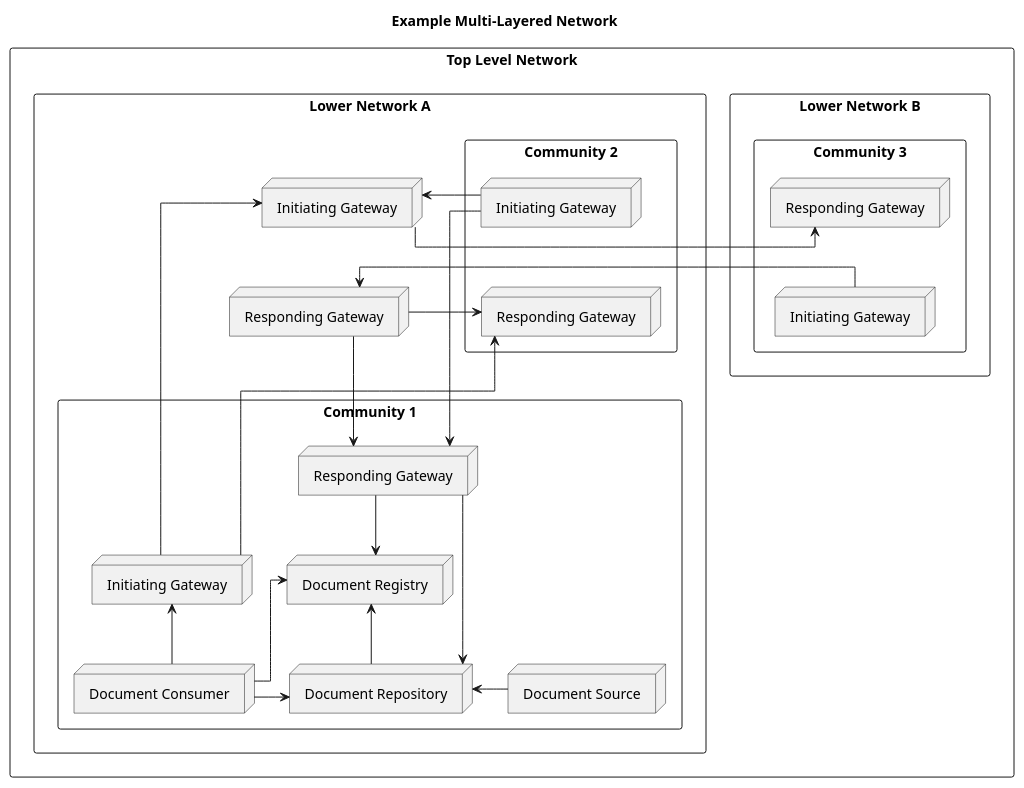
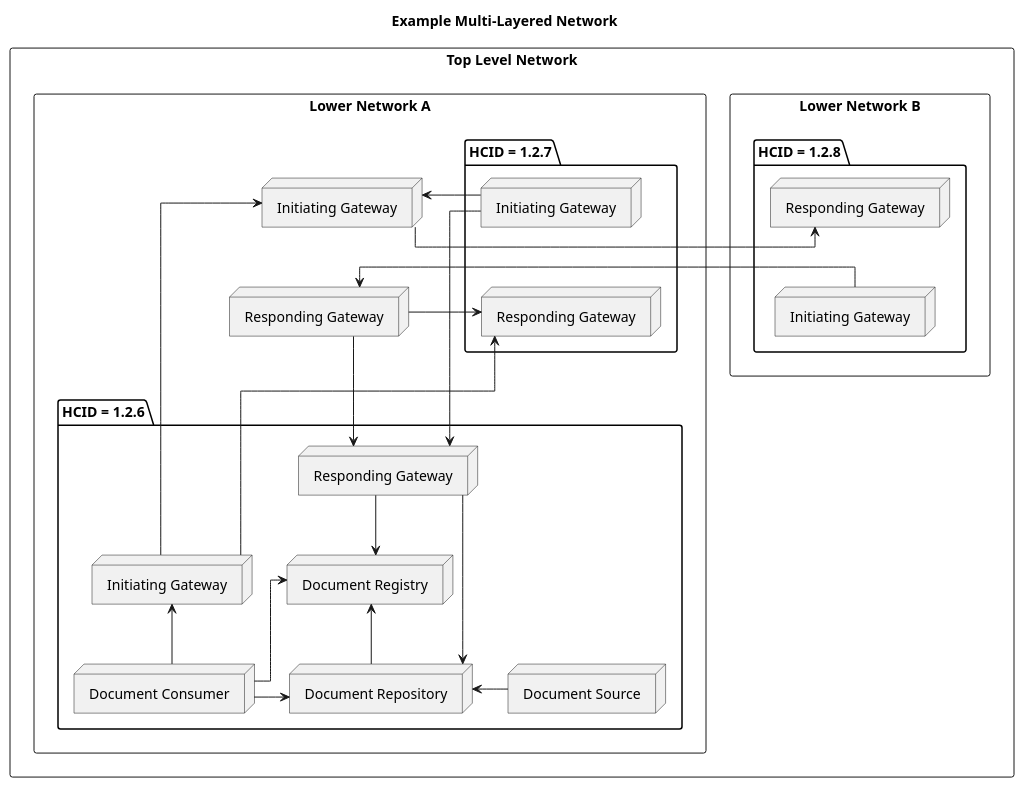
The diagram in images-source/multi_layered_network.puml (IHE/ITI.Topologies), drawn with PlantUML before and after one commit. The commit also changed 11 other files, not shown here.

```diff
--- a/images-source/multi_layered_network.puml
+++ b/images-source/multi_layered_network.puml
@@ -1,50 +1,50 @@
 @startuml
 title "Example Multi-Layered Network"
 skinparam linetype ortho
 rectangle topLevelNetwork as "Top Level Network" {
     rectangle lowerNetworkB as "Lower Network B" {
-        rectangle community3 as "Community 3" {
+        package community3 as "HCID = 1.2.8" {
             node ig3 as "Initiating Gateway"
             node rg3 as "Responding Gateway"
         }
     }
     rectangle lowerNetworkA as "Lower Network A" {
         together {
             node nig as "Initiating Gateway"
             node nrg as "Responding Gateway"
         }
-        rectangle community1 as "Community 1" {
+        package community1 as "HCID = 1.2.6" {
             together {
                 node ig1 as "Initiating Gateway"
                 node rg1 as "Responding Gateway"
             }
         node registry as "Document Registry"
         node repo as "Document Repository"
         node dc as "Document Consumer"
         node ds as "Document Source"
         } 
-        rectangle community2 as "Community 2" {
+        package community2 as "HCID = 1.2.7" {
             node ig2 as "Initiating Gateway"
             node rg2 as "Responding Gateway"
         }
     }
 }
 ig3 -l-> nrg
 nig -r-> rg3
 ig1 -u-> nig
 ig2 -r-> nig
 nrg -d-> rg1
 nrg -l-> rg2
 ig1 -l-> rg2
 ig2 -r-> rg1
 dc -u-> ig1
 rg1 -d-> registry
 rg1 -d-> repo
 dc -u-> registry
 dc -r-> repo
 ds -l-> repo
 repo -u-> registry
 nig --[hidden]> nrg
 rg3 --[hidden]> ig3
 ig2 --[hidden]> rg2
 @enduml
```
